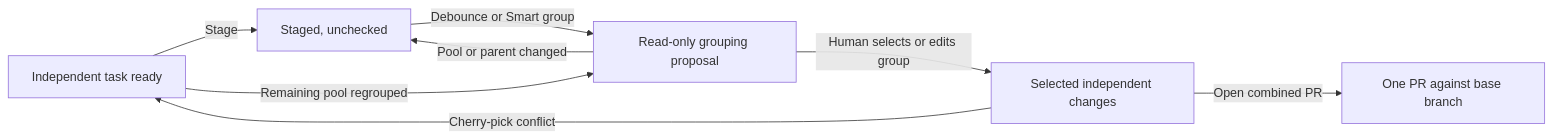
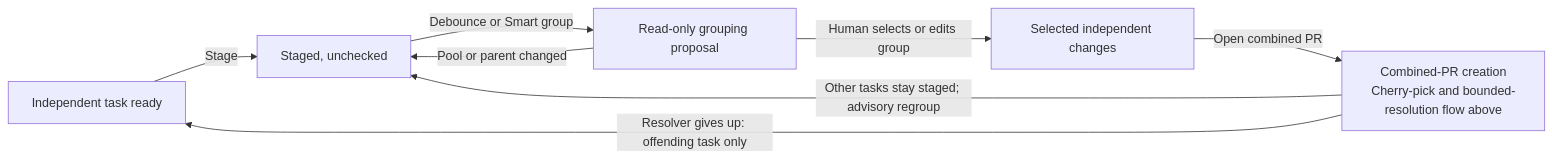
One commit to BrianBland/techtree changed the sixth of 6 diagrams in docs/DESIGN.md. Above: the diagram before and after it, drawn with Mermaid. The commit also changed other lines of this file, not shown here.

Commit message:
Clarify babysit cycles and bounded composition conflict resolution

````diff
--- a/docs/DESIGN.md
+++ b/docs/DESIGN.md
@@ -556,10 +609,10 @@
 ```mermaid
 flowchart LR
     Review[Independent task ready] -->|Stage| Pool[Staged, unchecked]
     Pool -->|Debounce or Smart group| Plan[Read-only grouping proposal]
     Plan -->|Pool or parent changed| Pool
     Plan -->|Human selects or edits group| Selected[Selected independent changes]
-    Selected -->|Open combined PR| Combined[One PR against base branch]
-    Selected -->|Cherry-pick conflict| Review
-    Review -->|Remaining pool regrouped| Plan
+    Selected -->|Open combined PR| Combined[Combined-PR creation<br/>Cherry-pick and bounded-resolution flow above]
+    Combined -->|Resolver gives up: offending task only| Review
+    Combined -->|Other tasks stay staged; advisory regroup| Pool
 ```
````
